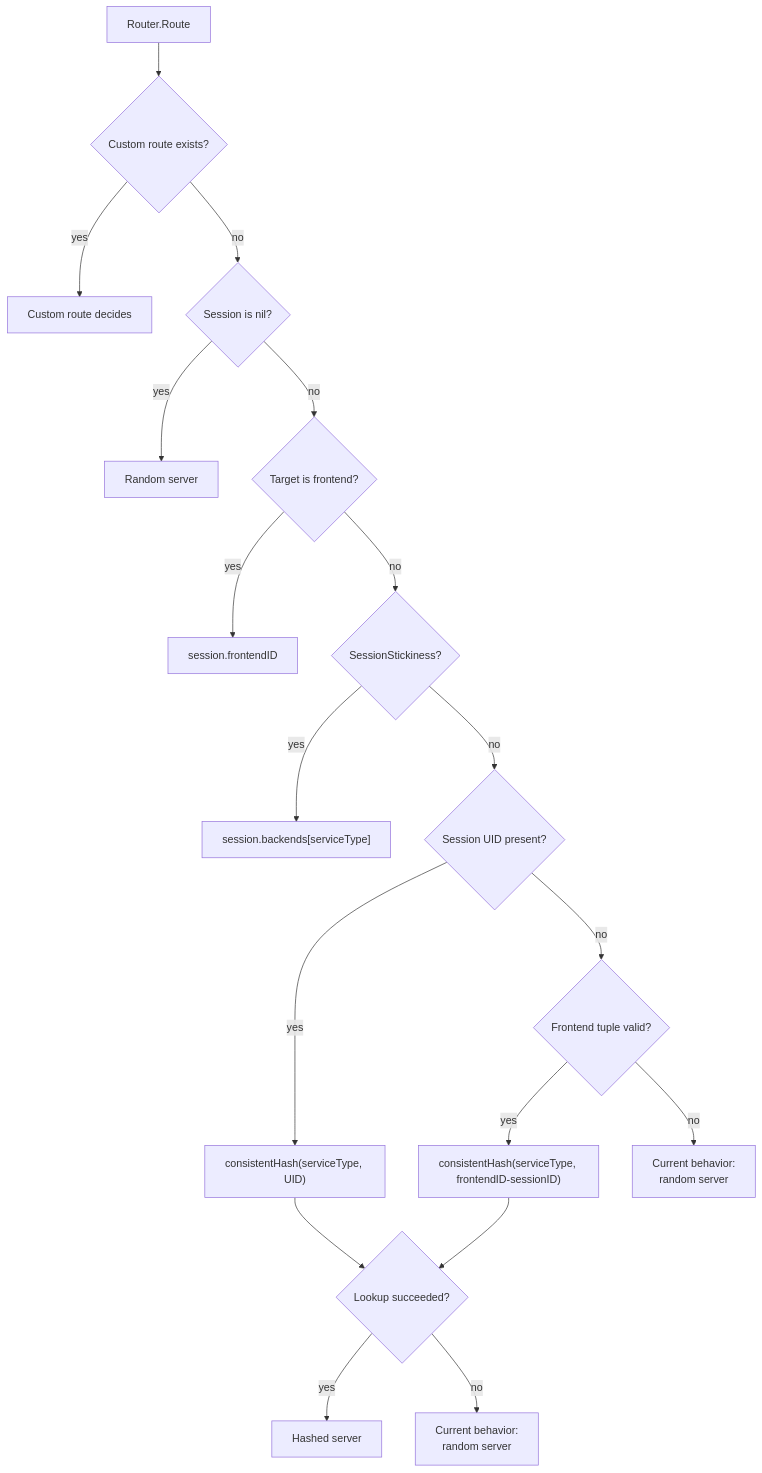
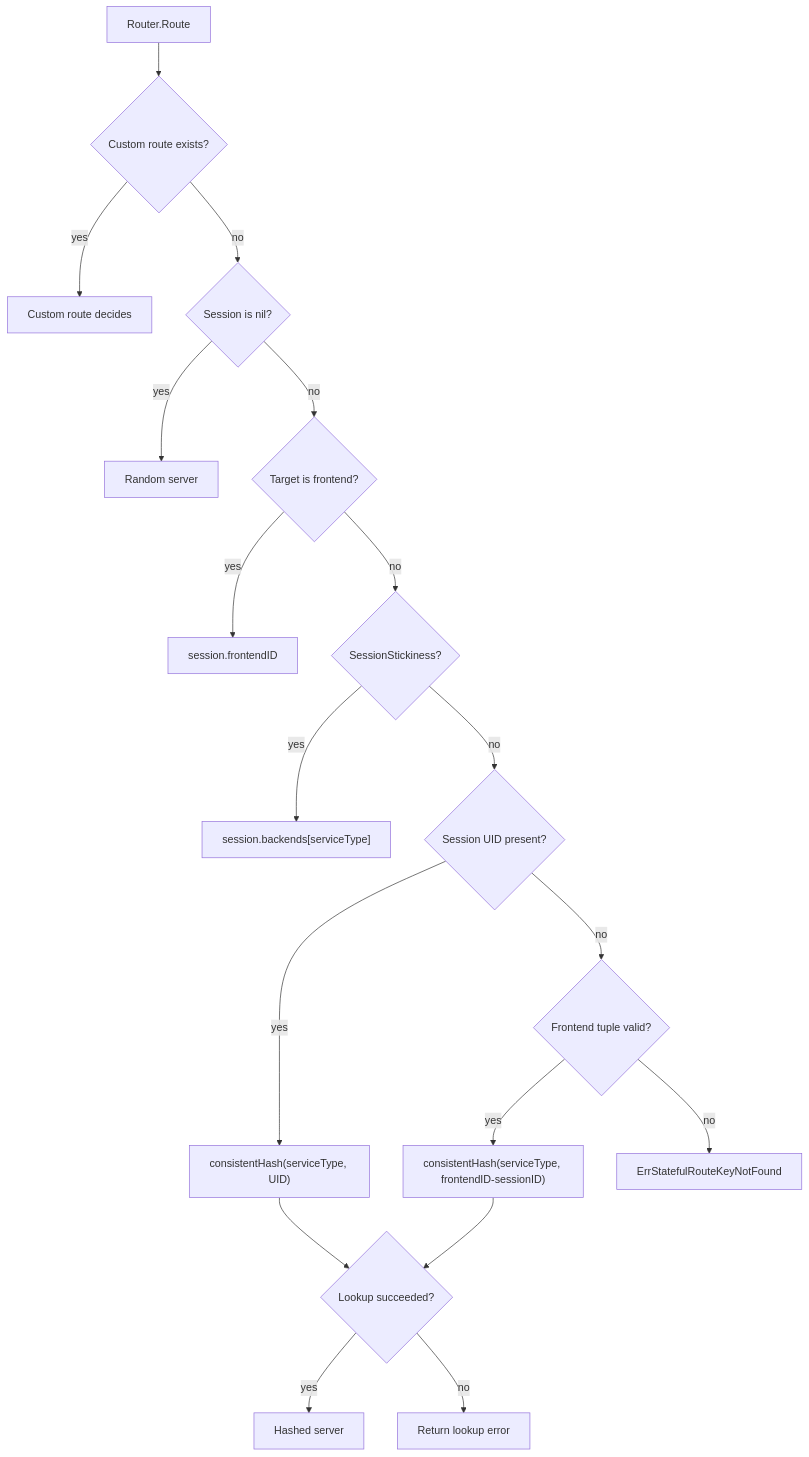
One commit to alkaid/pitaya changed the third of 4 diagrams in docs/actor-keyed-executor.md. Above: the diagram before and after it, drawn with Mermaid. The commit also changed other lines of this file and 115 other files, not shown here.

````diff
--- a/docs/actor-keyed-executor.md
+++ b/docs/actor-keyed-executor.md
@@ -136,20 +136,20 @@
 ```mermaid
 flowchart TD
     Start[Router.Route] --> Custom{Custom route exists?}
     Custom -->|yes| CustomResult[Custom route decides]
     Custom -->|no| HasSession{Session is nil?}
     HasSession -->|yes| Random[Random server]
     HasSession -->|no| FrontendTarget{Target is frontend?}
     FrontendTarget -->|yes| FrontendID[session.frontendID]
     FrontendTarget -->|no| Sticky{SessionStickiness?}
     Sticky -->|yes| BackendID["session.backends[serviceType]"]
     Sticky -->|no| HasUID{Session UID present?}
     HasUID -->|yes| HashUID["consistentHash(serviceType, UID)"]
     HasUID -->|no| HasTuple{Frontend tuple valid?}
     HasTuple -->|yes| HashSession["consistentHash(serviceType, frontendID-sessionID)"]
-    HasTuple -->|no| RandomNoKey["Current behavior:<br/>random server"]
+    HasTuple -->|no| MissingKey["ErrStatefulRouteKeyNotFound"]
     HashUID --> HashResult{Lookup succeeded?}
     HashSession --> HashResult
     HashResult -->|yes| HashServer[Hashed server]
-    HashResult -->|no| RandomFallback["Current behavior:<br/>random server"]
+    HashResult -->|no| LookupError[Return lookup error]
 ```
````
